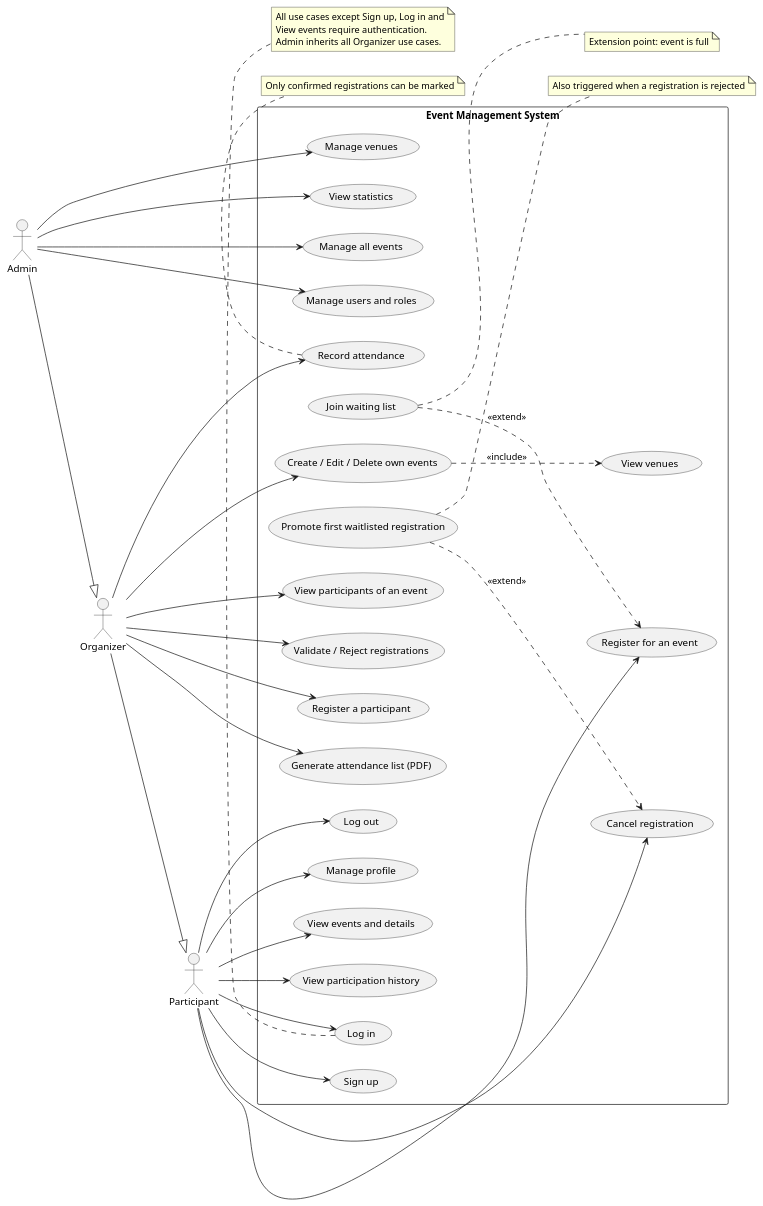
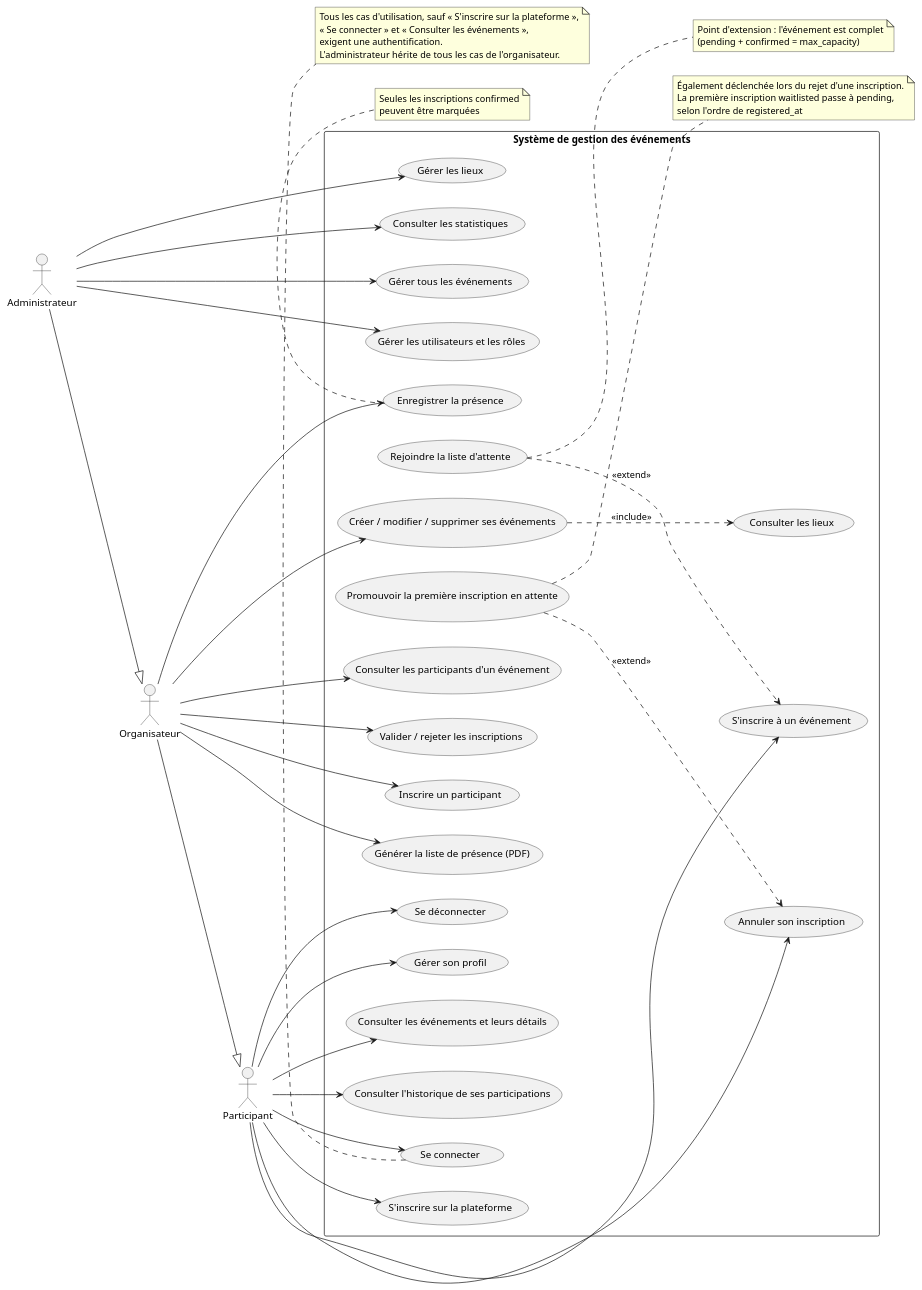
The diagram in diagrams/use_case_diagram.puml (NajarYassine7/events_managemnt_app), drawn with PlantUML before and after one commit. The commit also changed 5 other files, not shown here.

Commit message:
add class, sequence, and use case diagrams with updated details

```diff
--- a/diagrams/use_case_diagram.puml
+++ b/diagrams/use_case_diagram.puml
@@ -1,74 +1,79 @@
 @startuml
 left to right direction
 actor Participant
-actor Organizer
-actor Admin
-Organizer --|> Participant
-Admin --|> Organizer
+actor Organisateur
+actor Administrateur
+Organisateur --|> Participant
+Administrateur --|> Organisateur
 
-rectangle "Event Management System" {
-  usecase "Sign up" as SignUp
-  usecase "Log in" as Login
-  usecase "Log out" as Logout
-  usecase "Manage profile" as Profile
-  usecase "View events and details" as View
-  usecase "Register for an event" as Reg
-  usecase "Join waiting list" as Wait
-  usecase "Cancel registration" as Cancel
-  usecase "Promote first waitlisted registration" as Promote
-  usecase "View participation history" as Hist
+rectangle "Système de gestion des événements" {
+  usecase "S'inscrire sur la plateforme" as SignUp
+  usecase "Se connecter" as Login
+  usecase "Se déconnecter" as Logout
+  usecase "Gérer son profil" as Profile
+  usecase "Consulter les événements et leurs détails" as View
+  usecase "S'inscrire à un événement" as Reg
+  usecase "Rejoindre la liste d'attente" as Wait
+  usecase "Annuler son inscription" as Cancel
+  usecase "Promouvoir la première inscription en attente" as Promote
+  usecase "Consulter l'historique de ses participations" as Hist
 
-  usecase "Create / Edit / Delete own events" as OrgEvents
-  usecase "View venues" as ViewVenues
-  usecase "View participants of an event" as Follow
-  usecase "Validate / Reject registrations" as Validate
-  usecase "Register a participant" as RegOther
-  usecase "Record attendance" as Att
-  usecase "Generate attendance list (PDF)" as Pdf
+  usecase "Créer / modifier / supprimer ses événements" as OrgEvents
+  usecase "Consulter les lieux" as ViewVenues
+  usecase "Consulter les participants d'un événement" as Follow
+  usecase "Valider / rejeter les inscriptions" as Validate
+  usecase "Inscrire un participant" as RegOther
+  usecase "Enregistrer la présence" as Att
+  usecase "Générer la liste de présence (PDF)" as Pdf
 
-  usecase "Manage all events" as AdmEvents
-  usecase "Manage users and roles" as Users
-  usecase "Manage venues" as Venue
-  usecase "View statistics" as Stats
+  usecase "Gérer tous les événements" as AdmEvents
+  usecase "Gérer les utilisateurs et les rôles" as Users
+  usecase "Gérer les lieux" as Venue
+  usecase "Consulter les statistiques" as Stats
 }
 
 Participant --> SignUp
 Participant --> Login
 Participant --> Logout
 Participant --> Profile
 Participant --> View
 Participant --> Reg
 Participant --> Cancel
 Participant --> Hist
 
-Organizer --> OrgEvents
-Organizer --> Follow
-Organizer --> Validate
-Organizer --> RegOther
-Organizer --> Att
-Organizer --> Pdf
+Organisateur --> OrgEvents
+Organisateur --> Follow
+Organisateur --> Validate
+Organisateur --> RegOther
+Organisateur --> Att
+Organisateur --> Pdf
 
-Admin --> AdmEvents
-Admin --> Users
-Admin --> Venue
-Admin --> Stats
+Administrateur --> AdmEvents
+Administrateur --> Users
+Administrateur --> Venue
+Administrateur --> Stats
 
 OrgEvents ..> ViewVenues : <<include>>
 Wait ..> Reg : <<extend>>
 Promote ..> Cancel : <<extend>>
 
 note right of Wait
-  Extension point: event is full
+  Point d'extension : l'événement est complet
+  (pending + confirmed = max_capacity)
 end note
 note right of Promote
-  Also triggered when a registration is rejected
+  Également déclenchée lors du rejet d'une inscription.
+  La première inscription waitlisted passe à pending,
+  selon l'ordre de registered_at
 end note
 note bottom of Att
-  Only confirmed registrations can be marked
+  Seules les inscriptions confirmed
+  peuvent être marquées
 end note
 note bottom of Login
-  All use cases except Sign up, Log in and
-  View events require authentication.
-  Admin inherits all Organizer use cases.
+  Tous les cas d'utilisation, sauf « S'inscrire sur la plateforme »,
+  « Se connecter » et « Consulter les événements »,
+  exigent une authentification.
+  L'administrateur hérite de tous les cas de l'organisateur.
 end note
 @enduml
```
